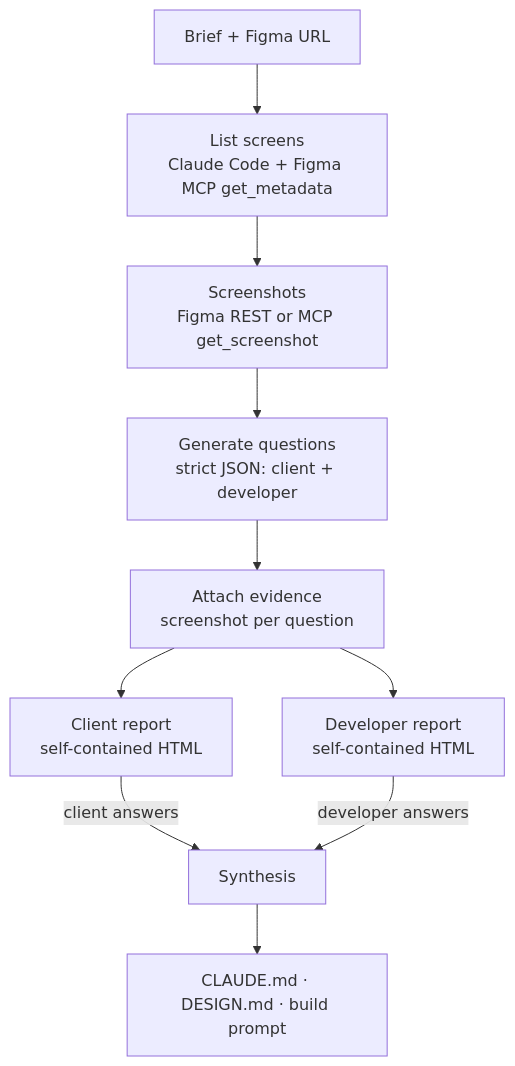
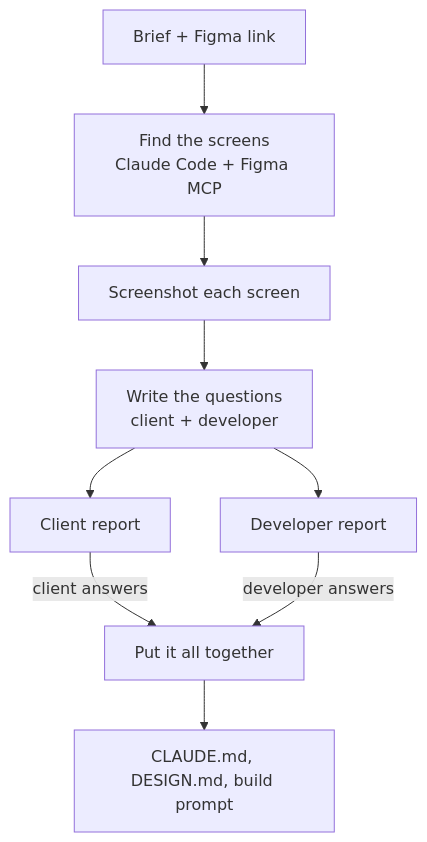
Before and after one commit to erinnod/figma-spec-agent: the diagram in README.md, drawn with Mermaid. The commit also changed other lines of this file and 2 other files, not shown here.

````diff
--- a/README.md
+++ b/README.md
@@ -38,12 +28,11 @@
 ```mermaid
 flowchart TD
-    A[Brief + Figma URL] --> B[List screens<br/>Claude Code + Figma MCP get_metadata]
-    B --> C[Screenshots<br/>Figma REST or MCP get_screenshot]
-    C --> D[Generate questions<br/>strict JSON: client + developer]
-    D --> E[Attach evidence<br/>screenshot per question]
-    E --> F[Client report<br/>self-contained HTML]
-    E --> G[Developer report<br/>self-contained HTML]
-    F -->|client answers| H[Synthesis]
+    A[Brief + Figma link] --> B[Find the screens<br/>Claude Code + Figma MCP]
+    B --> C[Screenshot each screen]
+    C --> D[Write the questions<br/>client + developer]
+    D --> F[Client report]
+    D --> G[Developer report]
+    F -->|client answers| H[Put it all together]
     G -->|developer answers| H
-    H --> I[CLAUDE.md · DESIGN.md · build prompt]
+    H --> I[CLAUDE.md, DESIGN.md, build prompt]
 ```
````
